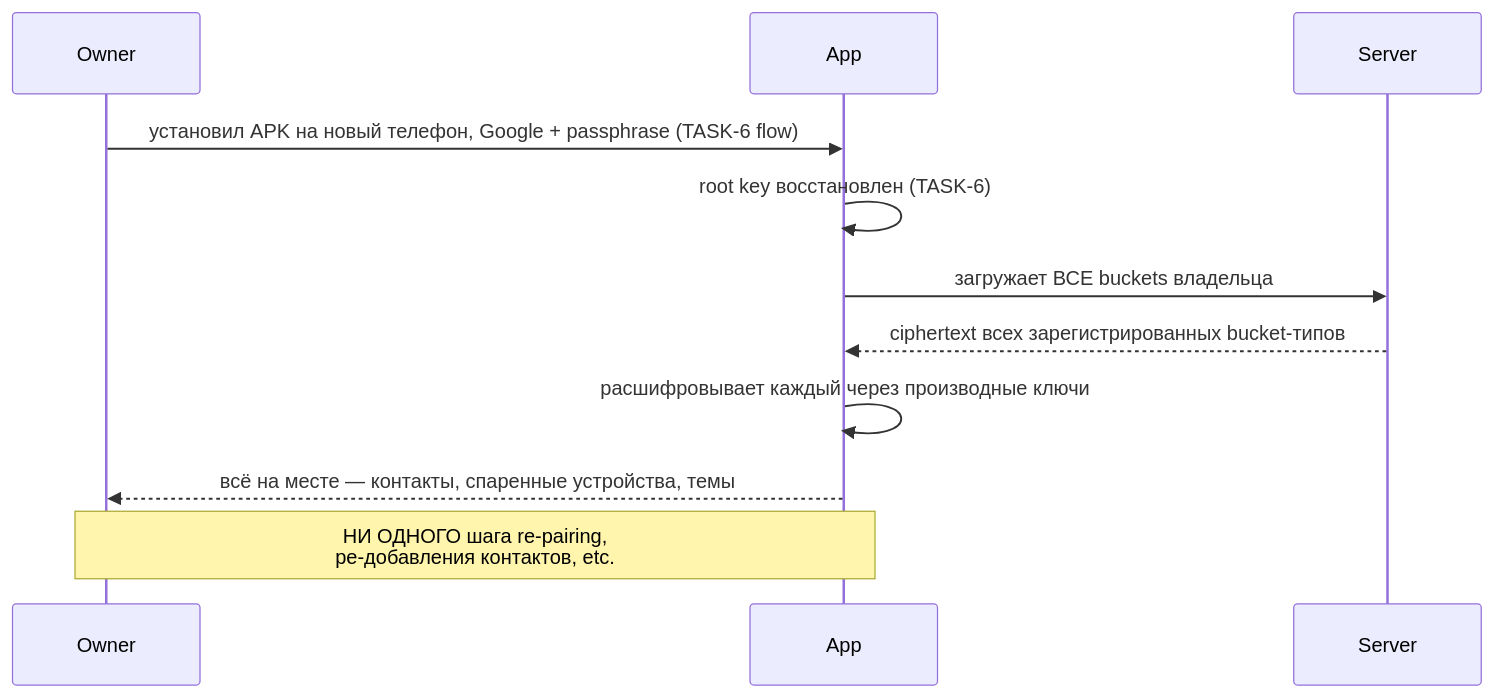
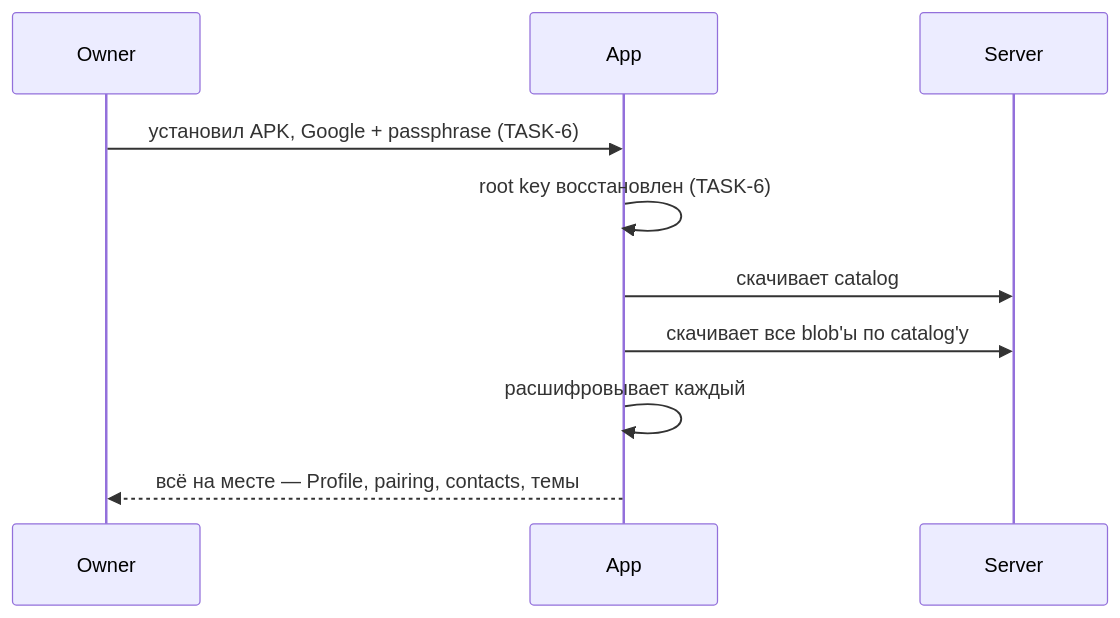
The eighth of 9 diagrams in specs/task-66-generic-encrypted-bucket-registry/spec.md (jeromwork/launcher), drawn with Mermaid before and after one commit. The commit also changed other lines of this file, not shown here.

````diff
--- a/specs/task-66-generic-encrypted-bucket-registry/spec.md
+++ b/specs/task-66-generic-encrypted-bucket-registry/spec.md
@@ -257,14 +322,13 @@
 ```mermaid
 sequenceDiagram
   participant Owner
   participant App
   participant Server
 
-  Owner->>App: установил APK на новый телефон, Google + passphrase (TASK-6 flow)
+  Owner->>App: установил APK, Google + passphrase (TASK-6)
   App->>App: root key восстановлен (TASK-6)
-  App->>Server: загружает ВСЕ buckets владельца
-  Server-->>App: ciphertext всех зарегистрированных bucket-типов
-  App->>App: расшифровывает каждый через производные ключи
-  App-->>Owner: всё на месте — контакты, спаренные устройства, темы
-  Note over Owner,App: НИ ОДНОГО шага re-pairing,<br/>ре-добавления контактов, etc.
+  App->>Server: скачивает catalog
+  App->>Server: скачивает все blob'ы по catalog'у
+  App->>App: расшифровывает каждый
+  App-->>Owner: всё на месте — Profile, pairing, contacts, темы
 ```
````
